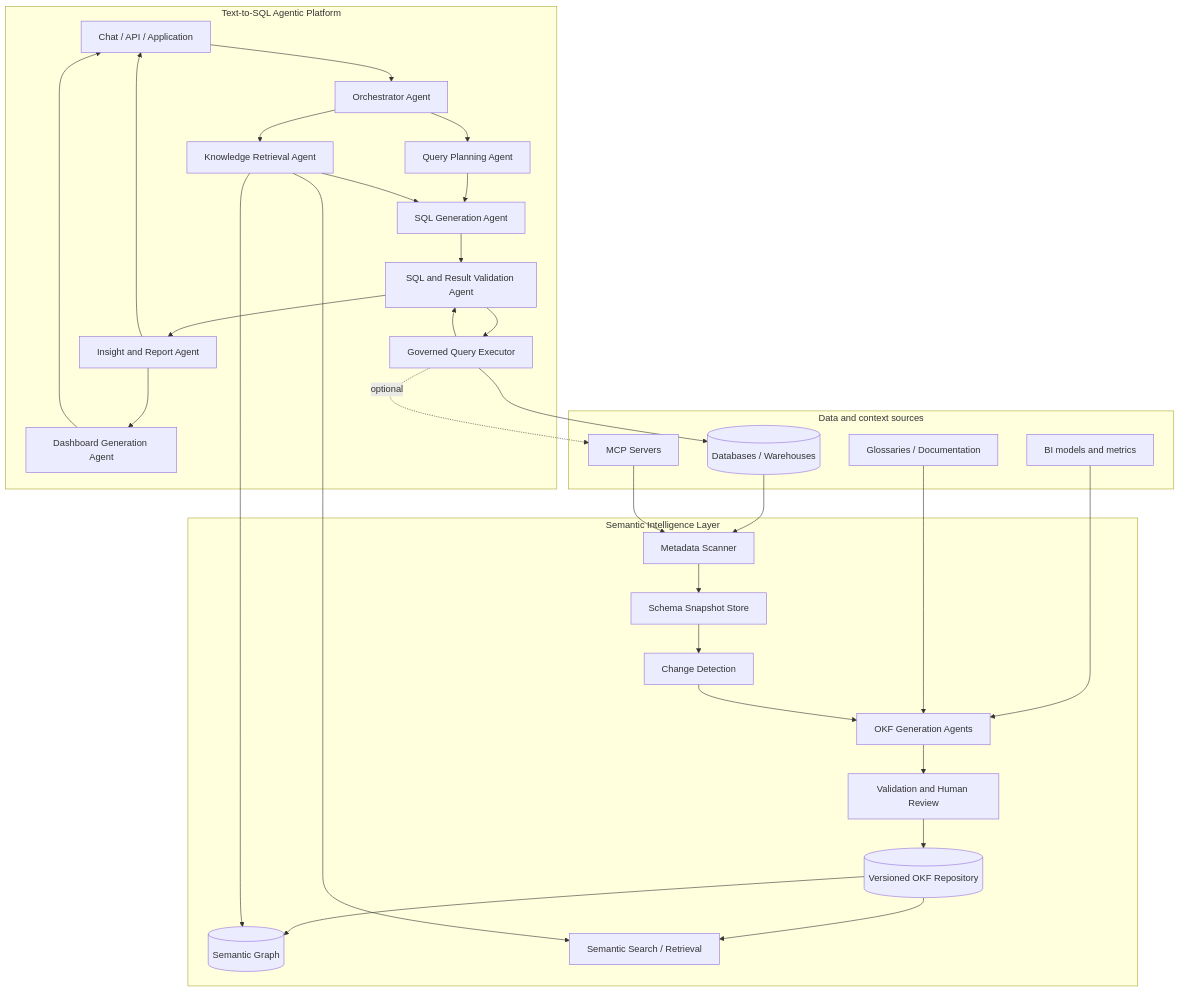
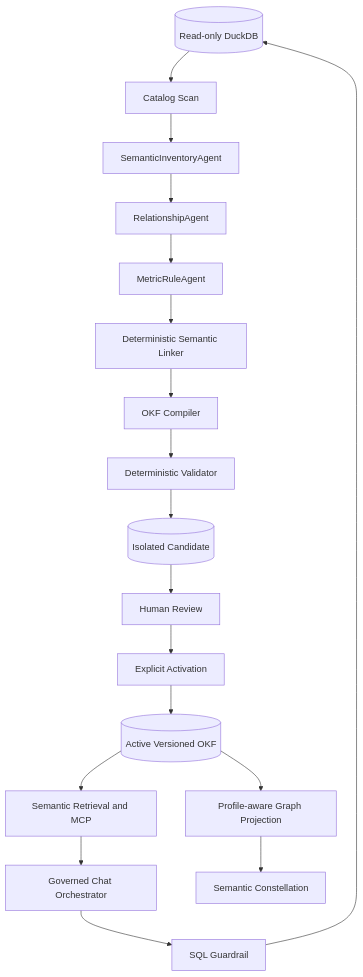
The diagram in README.md (QuanPham99/Cerebro_Platform), drawn with Mermaid before and after one commit. The commit also changed other lines of this file and 150 other files, not shown here.

First line of the commit message:
feat: upgrade semantic layer to OKF v0.2

````diff
--- a/README.md
+++ b/README.md
@@ -131,57 +143,20 @@
 ```mermaid
 flowchart TB
-    subgraph Sources[Data and context sources]
-        DB[(Databases / Warehouses)]
-        BI[BI models and metrics]
-        DOCS[Glossaries / Documentation]
-        MCP[MCP Servers]
-    end
-
-    subgraph Semantic[Semantic Intelligence Layer]
-        SCAN[Metadata Scanner]
-        SNAP[Schema Snapshot Store]
-        DIFF[Change Detection]
-        ENRICH[OKF Generation Agents]
-        REVIEW[Validation and Human Review]
-        OKF[(Versioned OKF Repository)]
-        GRAPH[(Semantic Graph)]
-        SEARCH[Semantic Search / Retrieval]
-    end
-
-    subgraph Agentic[Text-to-SQL Agentic Platform]
-        API[Chat / API / Application]
-        ORCH[Orchestrator Agent]
-        PLAN[Query Planning Agent]
-        KNOW[Knowledge Retrieval Agent]
-        SQL[SQL Generation Agent]
-        VALIDATE[SQL and Result Validation Agent]
-        EXEC[Governed Query Executor]
-        INSIGHT[Insight and Report Agent]
-        DASH[Dashboard Generation Agent]
-    end
-
-    DB --> SCAN
-    BI --> ENRICH
-    DOCS --> ENRICH
-    MCP --> SCAN
-    SCAN --> SNAP --> DIFF --> ENRICH --> REVIEW --> OKF
-    OKF --> GRAPH
-    OKF --> SEARCH
-
-    API --> ORCH
-    ORCH --> PLAN
-    ORCH --> KNOW
-    KNOW --> SEARCH
-    KNOW --> GRAPH
-    PLAN --> SQL
-    KNOW --> SQL
-    SQL --> VALIDATE
-    VALIDATE --> EXEC
-    EXEC --> DB
-    EXEC -. optional .-> MCP
-    EXEC --> VALIDATE
-    VALIDATE --> INSIGHT
-    INSIGHT --> DASH
-    INSIGHT --> API
-    DASH --> API
+    DB[(Read-only DuckDB)] --> SCAN[Catalog Scan]
+    SCAN --> INVENTORY[SemanticInventoryAgent]
+    INVENTORY --> RELATIONSHIP[RelationshipAgent]
+    RELATIONSHIP --> METRIC[MetricRuleAgent]
+    METRIC --> LINKER[Deterministic Semantic Linker]
+    LINKER --> COMPILER[OKF Compiler]
+    COMPILER --> VALIDATOR[Deterministic Validator]
+    VALIDATOR --> CANDIDATE[(Isolated Candidate)]
+    CANDIDATE --> REVIEW[Human Review]
+    REVIEW --> ACTIVATE[Explicit Activation]
+    ACTIVATE --> OKF[(Active Versioned OKF)]
+    OKF --> SEARCH[Semantic Retrieval and MCP]
+    OKF --> GRAPH[Profile-aware Graph Projection]
+    SEARCH --> CHAT[Governed Chat Orchestrator]
+    CHAT --> GUARD[SQL Guardrail]
+    GUARD --> DB
+    GRAPH --> UI[Semantic Constellation]
 ```
````
